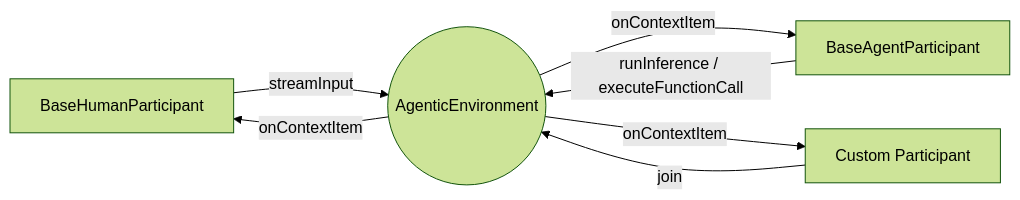
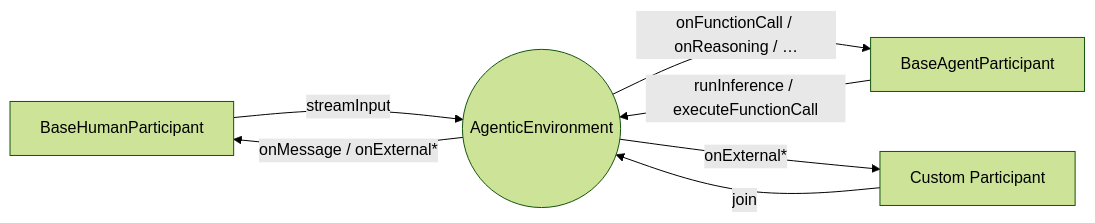
Before and after one commit to kisshan13/mozaik: the diagram in README.md, drawn with Mermaid (forest theme). The commit also changed other lines of this file, not shown here.

````diff
--- a/README.md
+++ b/README.md
@@ -30,9 +40,9 @@
 ```mermaid
 flowchart LR
     Human[BaseHumanParticipant] -->|streamInput| Env(("AgenticEnvironment"))
     Agent[BaseAgentParticipant] -->|"runInference / executeFunctionCall"| Env
     Observer[Custom Participant] -->|join| Env
-    Env -->|onContextItem| Human
-    Env -->|onContextItem| Agent
-    Env -->|onContextItem| Observer
+    Env -->|"onMessage / onExternal*"| Human
+    Env -->|"onFunctionCall / onReasoning / …"| Agent
+    Env -->|"onExternal*"| Observer
 ```
````
